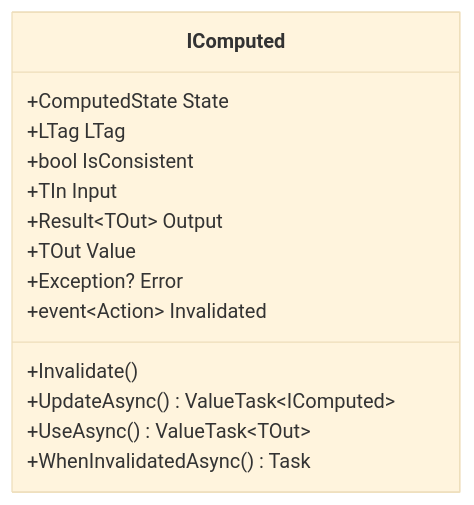
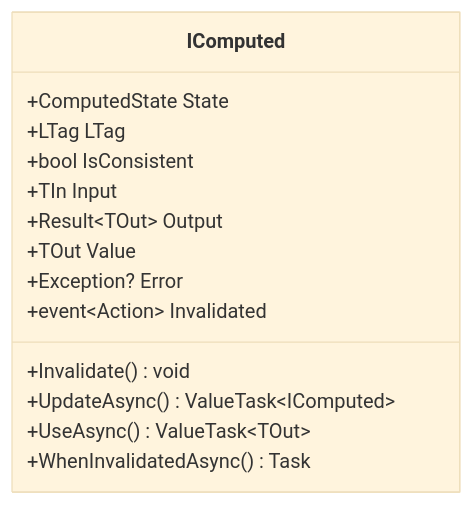
Before and after one commit to servicetitan/Stl.Fusion: the diagram in docs/img-src/IComputed-Class.mmd, drawn with Mermaid (base theme). The commit also changed 2 other files, not shown here.

Commit message:
doc: Update diagrams

```diff
--- a/docs/img-src/IComputed-Class.mmd
+++ b/docs/img-src/IComputed-Class.mmd
@@ -1,16 +1,16 @@
 classDiagram
   class IComputed {
     +ComputedState State
     +LTag LTag
     +bool IsConsistent
     +TIn Input
     +Result~TOut~ Output
     +TOut Value
     +Exception? Error
     +event~Action~ Invalidated
 
-    +Invalidate()
+    +Invalidate() void
     +UpdateAsync() ValueTask~IComputed~
     +UseAsync() ValueTask~TOut~
     +WhenInvalidatedAsync() Task
   }
```
